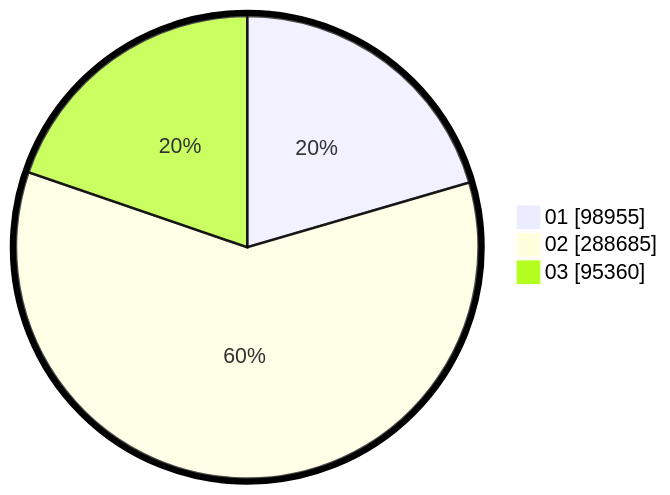
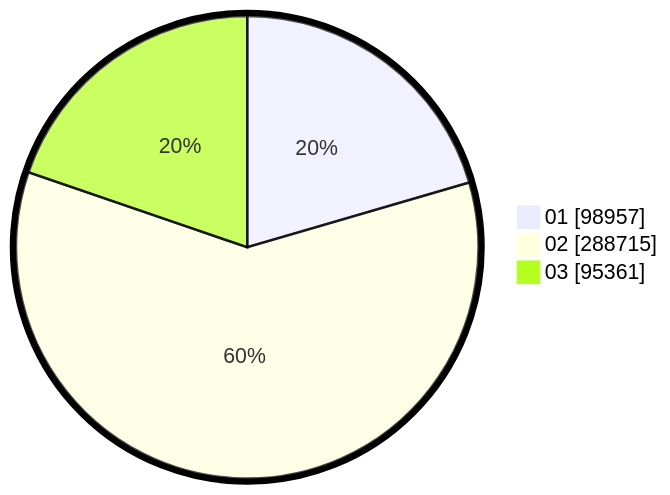
Before and after one commit to gigit-pemilu/pemilu-2024: the second of 2 diagrams in pilpres/hitung-suara/sub/table-wilayah-99.md, drawn with Mermaid. The commit also changed other lines of this file and 10 other files, not shown here.

````diff
--- a/pilpres/hitung-suara/sub/table-wilayah-99.md
+++ b/pilpres/hitung-suara/sub/table-wilayah-99.md
@@ -15,7 +15,7 @@
 ```mermaid
 %%{init: {"pie": {"textPosition": 0.5}, "themeVariables": {"pieOuterStrokeWidth": "5px"}} }%%
 pie showData
-    "01" : 98955
-    "02" : 288685
-    "03" : 95360
+    "01" : 98957
+    "02" : 288715
+    "03" : 95361
 ```
````
